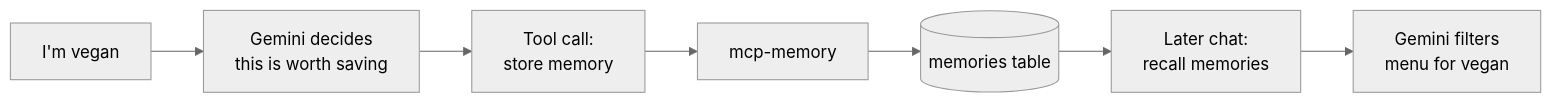
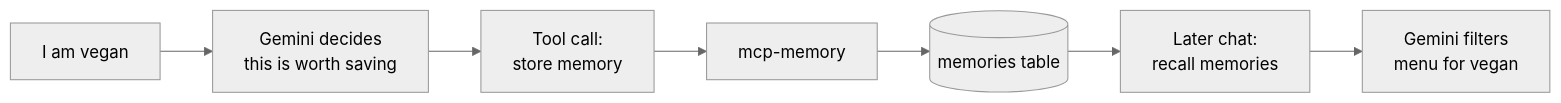
One commit to divyansh070/ml_notes changed the third of 5 diagrams in OmniOS — Interview Dossier (SDE + ML).md. Above: the diagram before and after it, drawn with Mermaid (neutral theme). The commit also changed other lines of this file, not shown here.

Commit message:
fix(omnios): resolve Mermaid syntax and rich display rendering issues for GitHub

````diff
--- a/OmniOS — Interview Dossier (SDE + ML).md
+++ b/OmniOS — Interview Dossier (SDE + ML).md
@@ -154,9 +153,9 @@
 ```mermaid
 flowchart LR
-    U["I'm vegan"] --> G[Gemini decides<br/>this is worth saving]
-    G --> T[Tool call:<br/>store memory]
-    T --> M[mcp-memory]
-    M --> DB[(memories table)]
-    DB --> R[Later chat:<br/>recall memories]
-    R --> G2[Gemini filters<br/>menu for vegan]
+    U["I am vegan"] --> G["Gemini decides<br>this is worth saving"]
+    G --> T["Tool call:<br>store memory"]
+    T --> M["mcp-memory"]
+    M --> DB[("memories table")]
+    DB --> R["Later chat:<br>recall memories"]
+    R --> G2["Gemini filters<br>menu for vegan"]
 ```
````
